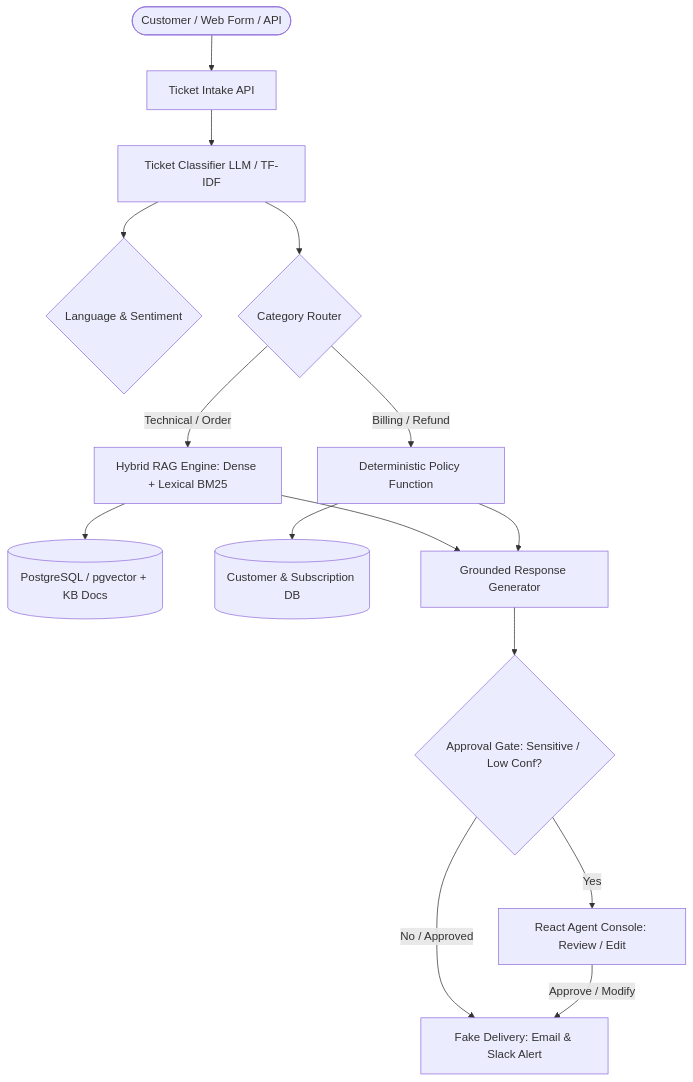
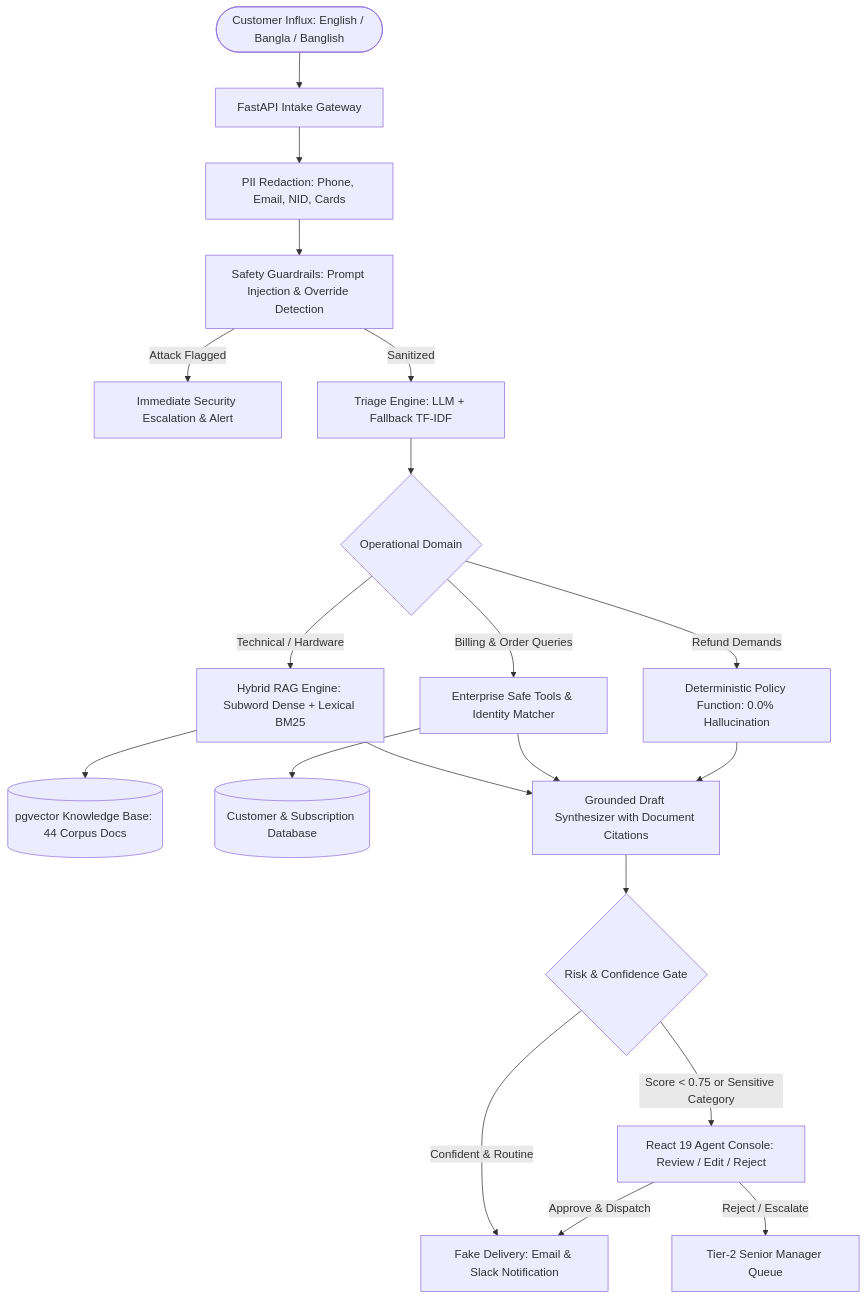
One commit to sudipto-swe/helpdeskflow changed the diagram in README.md. Above: the diagram before and after it, drawn with Mermaid. The commit also changed other lines of this file and 11 other files, not shown here.

Commit message:
feat(ui): complete enterprise dark console, SQA test suites (85% cov), and professional docs

````diff
--- a/README.md
+++ b/README.md
@@ -53,21 +22,30 @@
 ```mermaid
 flowchart TD
-    User([Customer / Web Form / API]) --> Intake[Ticket Intake API]
-    Intake --> Classifier[Ticket Classifier LLM / TF-IDF]
-    Classifier --> LangDetect{Language & Sentiment}
-    Classifier --> Router{Category Router}
+    Customer([Customer Influx: English / Bangla / Banglish]) --> Intake[FastAPI Intake Gateway]
+    Intake --> PII[PII Redaction: Phone, Email, NID, Cards]
+    PII --> Guard[Safety Guardrails: Prompt Injection & Override Detection]
 
-    Router -->|Technical / Order| HybridRAG[Hybrid RAG Engine: Dense + Lexical BM25]
-    HybridRAG --> KB[(PostgreSQL / pgvector + KB Docs)]
+    Guard -->|Attack Flagged| SecurityEscalate[Immediate Security Escalation & Alert]
+    Guard -->|Sanitized| Classifier[Triage Engine: LLM + Fallback TF-IDF]
+
+    Classifier --> Router{Operational Domain}
+
+    Router -->|Technical / Hardware| HybridRAG[Hybrid RAG Engine: Subword Dense + Lexical BM25]
+    HybridRAG --> PGVector[(pgvector Knowledge Base: 44 Corpus Docs)]
     
-    Router -->|Billing / Refund| PolicyCheck[Deterministic Policy Function]
-    PolicyCheck --> CustomerDB[(Customer & Subscription DB)]
+    Router -->|Billing & Order Queries| Tools[Enterprise Safe Tools & Identity Matcher]
+    Tools --> CustomerDB[(Customer & Subscription Database)]
 
-    HybridRAG --> DraftAgent[Grounded Response Generator]
-    PolicyCheck --> DraftAgent
+    Router -->|Refund Demands| DeterministicPolicy[Deterministic Policy Function: 0.0% Hallucination]
 
-    DraftAgent --> ApprovalGate{Approval Gate: Sensitive / Low Conf?}
-    ApprovalGate -->|Yes| HumanConsole[React Agent Console: Review / Edit]
-    ApprovalGate -->|No / Approved| Delivery[Fake Delivery: Email & Slack Alert]
-    HumanConsole -->|Approve / Modify| Delivery
+    HybridRAG --> Synthesizer[Grounded Draft Synthesizer with Document Citations]
+    Tools --> Synthesizer
+    DeterministicPolicy --> Synthesizer
+
+    Synthesizer --> ApprovalGate{Risk & Confidence Gate}
+    ApprovalGate -->|Score < 0.75 or Sensitive Category| HumanConsole[React 19 Agent Console: Review / Edit / Reject]
+    ApprovalGate -->|Confident & Routine| Dispatcher[Fake Delivery: Email & Slack Notification]
+
+    HumanConsole -->|Approve & Dispatch| Dispatcher
+    HumanConsole -->|Reject / Escalate| SupervisorQueue[Tier-2 Senior Manager Queue]
 ```
````
